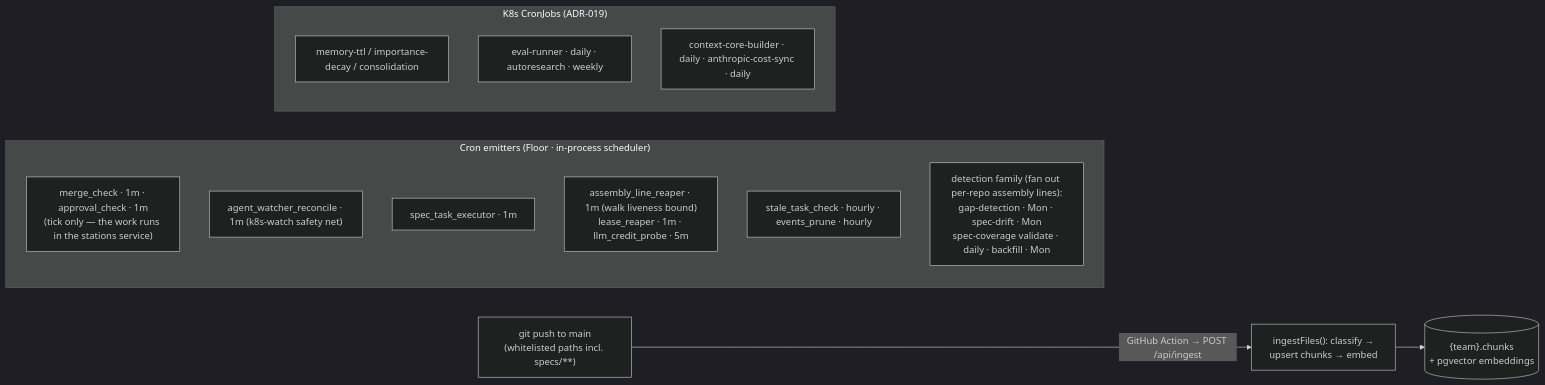
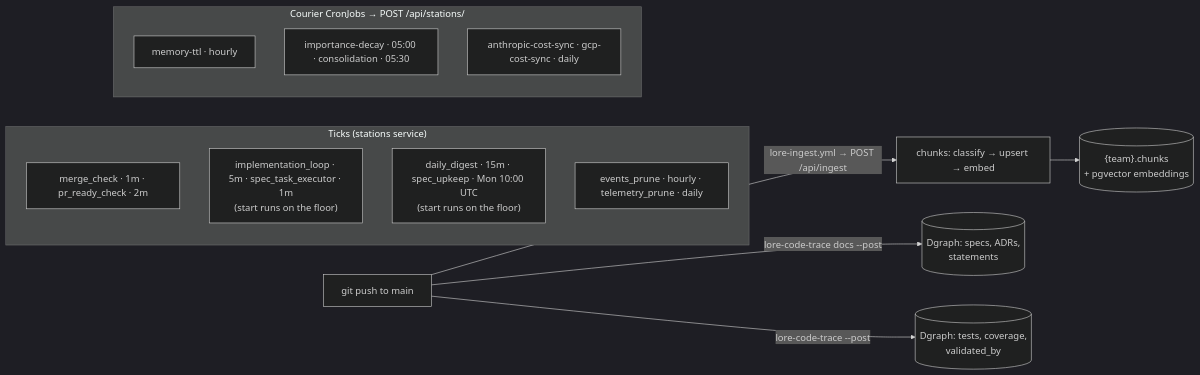
Before and after one commit to re-cinq/lore: the second of 2 diagrams in docs/building-lore/architecture.md, drawn with Mermaid (dark theme). The commit also changed other lines of this file and 2 other files, not shown here.

First line of the commit message:
The assembly-line guide, the architecture page and the scheduled-jobs table describe the external floor

````diff
--- a/docs/building-lore/architecture.md
+++ b/docs/building-lore/architecture.md
@@ -51,22 +51,22 @@
 ```mermaid
 flowchart LR
-    subgraph inproc["Cron emitters (Floor · in-process scheduler)"]
+    subgraph ticks["Ticks (stations service)"]
         direction TB
-        J1["merge_check · 1m · approval_check · 1m<br/>(tick only — the work runs in the stations service)"]
-        J4["agent_watcher_reconcile · 1m (k8s-watch safety net)"]
-        J5["spec_task_executor · 1m"]
-        J8["assembly_line_reaper · 1m (walk liveness bound)<br/>lease_reaper · 1m · llm_credit_probe · 5m"]
-        J6["stale_task_check · hourly · events_prune · hourly"]
-        J7["detection family (fan out per-repo assembly lines):<br/>gap-detection · Mon · spec-drift · Mon<br/>spec-coverage validate · daily · backfill · Mon"]
+        J1["merge_check · 1m · pr_ready_check · 2m"]
+        J2["implementation_loop · 5m · spec_task_executor · 1m<br/>(start runs on the floor)"]
+        J3["daily_digest · 15m · spec_upkeep · Mon 10:00 UTC<br/>(start runs on the floor)"]
+        J4["events_prune · hourly · telemetry_prune · daily"]
     end
 
-    subgraph k8scron["K8s CronJobs (ADR-019)"]
+    subgraph k8scron["Courier CronJobs → POST /api/stations/<name>"]
         direction TB
-        C5["memory-ttl / importance-decay / consolidation"]
-        C6["eval-runner · daily · autoresearch · weekly"]
-        C7["context-core-builder · daily · anthropic-cost-sync · daily"]
+        C1["memory-ttl · hourly"]
+        C2["importance-decay · 05:00 · consolidation · 05:30"]
+        C3["anthropic-cost-sync · gcp-cost-sync · daily"]
     end
 
-    PUSH["git push to main<br/>(whitelisted paths incl. specs/**)"] -->|"GitHub Action → POST /api/ingest"| ING["ingestFiles(): classify →<br/>upsert chunks → embed"]
+    PUSH["git push to main"] -->|"lore-ingest.yml → POST /api/ingest"| ING["chunks: classify → upsert → embed"]
     ING --> DB[("{team}.chunks<br/>+ pgvector embeddings")]
+    PUSH -->|"lore-code-trace docs --post"| GRAPH[("Dgraph: specs, ADRs,<br/>statements")]
+    PUSH -->|"lore-code-trace --post"| TESTS[("Dgraph: tests, coverage,<br/>validated_by")]
 ```
````
